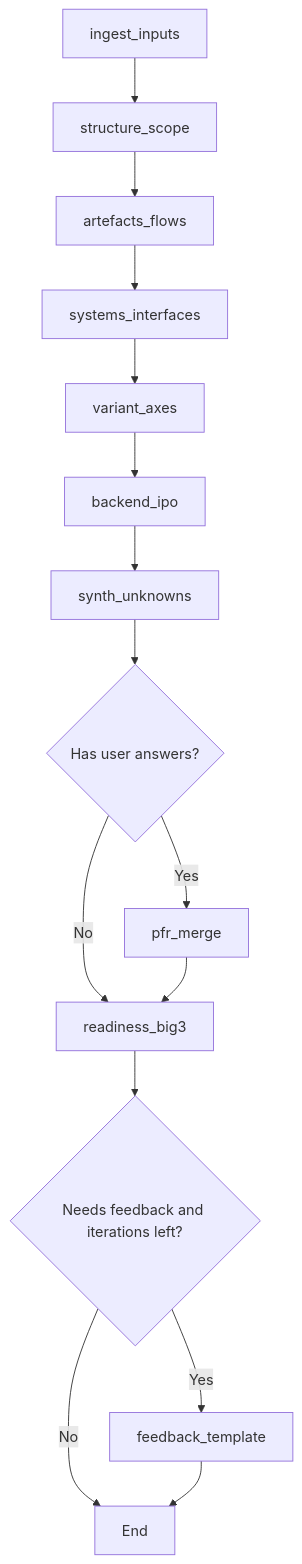
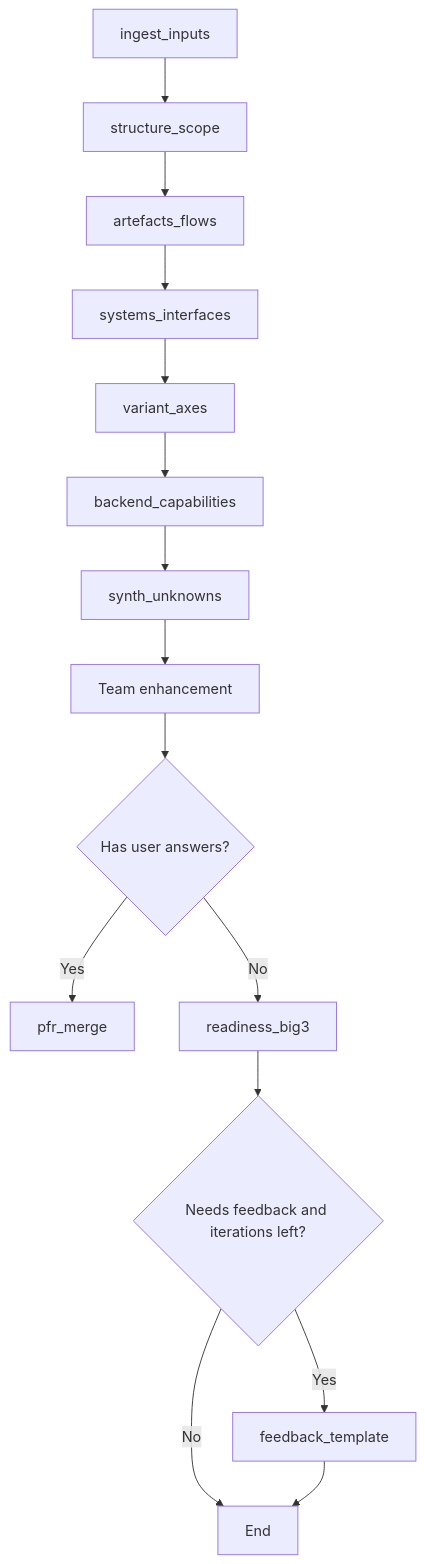
The second of 3 diagrams in docs/DESIGN.md (hangchill/GROSS_agentic_estimation_tool), drawn with Mermaid before and after one commit. The commit also changed other lines of this file and 3 other files, not shown here.

Commit message:
Updates to DESIGN flowcharts

````diff
--- a/docs/DESIGN.md
+++ b/docs/DESIGN.md
@@ -110,19 +110,20 @@
 ```mermaid
 flowchart TD
     A[ingest_inputs] --> B[structure_scope]
     B --> C[artefacts_flows]
     C --> D[systems_interfaces]
     D --> E[variant_axes]
-    E --> F[backend_ipo]
+    E --> F[backend_capabilities]
     F --> G[synth_unknowns]
- 
-    G --> H{Has user answers?}
+        
+    G --> TE[Team enhancement]
+    TE --> H{Has user answers?}
+    
     H -->|Yes| I[pfr_merge]
     H -->|No| J[readiness_big3]
-    I --> J
- 
+
     J --> K{Needs feedback and iterations left?}
     K -->|Yes| L[feedback_template]
     K -->|No| M[End]
     L --> M
 ```
````
